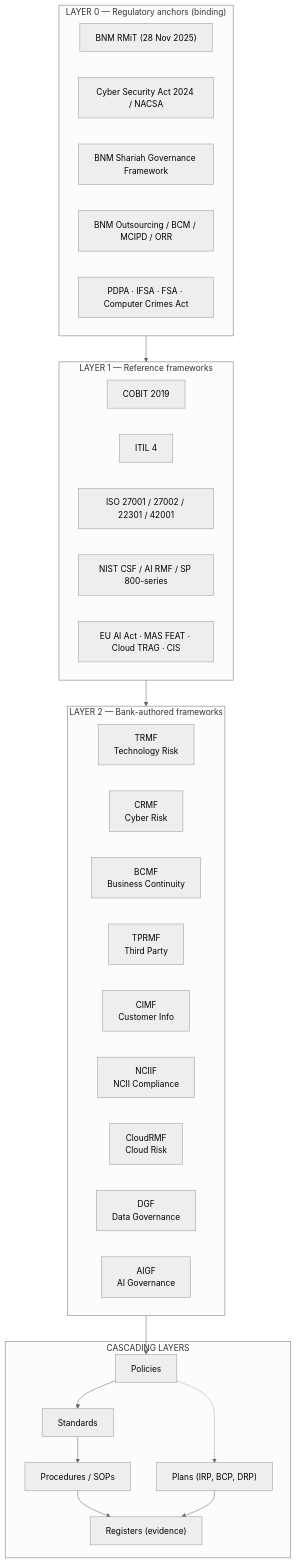
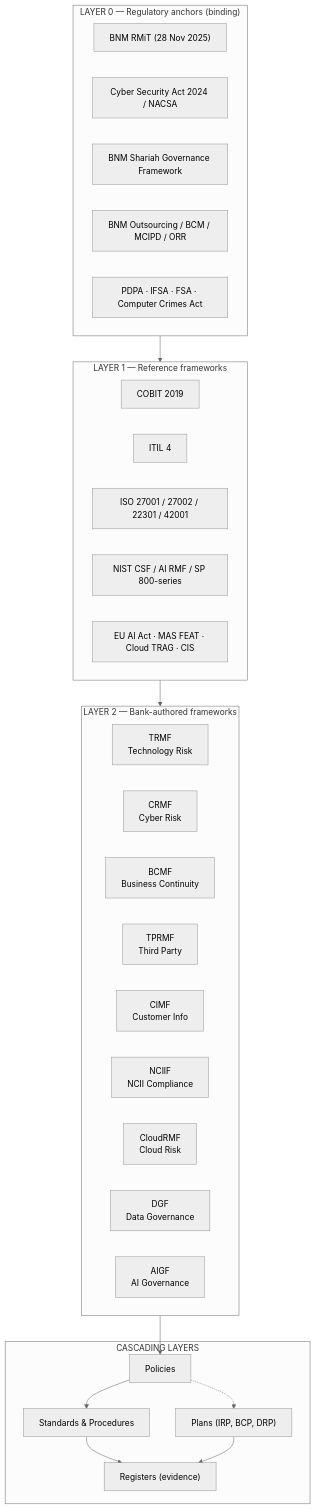
Before and after one commit to dawuds/documentation: the first of 2 diagrams in 00-architecture/architecture.md, drawn with Mermaid (neutral theme). The commit also changed other lines of this file and 1 other file, not shown here.

First line of the commit message:
Present Standards & Procedures as one layer (conceptual combine)

````diff
--- a/00-architecture/architecture.md
+++ b/00-architecture/architecture.md
@@ -19,47 +19,45 @@
 ```mermaid
 flowchart TB
     subgraph L0["LAYER 0 — Regulatory anchors (binding)"]
         L0A["BNM RMiT (28 Nov 2025)"]
         L0B["Cyber Security Act 2024 / NACSA"]
         L0C["BNM Shariah Governance Framework"]
         L0D["BNM Outsourcing / BCM / MCIPD / ORR"]
         L0E["PDPA · IFSA · FSA · Computer Crimes Act"]
     end
 
     subgraph L1["LAYER 1 — Reference frameworks"]
         L1A["COBIT 2019"]
         L1B["ITIL 4"]
         L1C["ISO 27001 / 27002 / 22301 / 42001"]
         L1D["NIST CSF / AI RMF / SP 800-series"]
         L1E["EU AI Act · MAS FEAT · Cloud TRAG · CIS"]
     end
 
     subgraph L2["LAYER 2 — Bank-authored frameworks"]
         TRMF["TRMF<br/>Technology Risk"]
         CRMF["CRMF<br/>Cyber Risk"]
         BCMF["BCMF<br/>Business Continuity"]
         TPRMF["TPRMF<br/>Third Party"]
         CIMF["CIMF<br/>Customer Info"]
         NCIIF["NCIIF<br/>NCII Compliance"]
         CloudRMF["CloudRMF<br/>Cloud Risk"]
         DGF["DGF<br/>Data Governance"]
         AIGF["AIGF<br/>AI Governance"]
     end
 
     subgraph Cascade["CASCADING LAYERS"]
         L3["Policies"]
-        L4["Standards"]
-        L5["Procedures / SOPs"]
+        L4["Standards & Procedures"]
         Plans["Plans (IRP, BCP, DRP)"]
         L6["Registers (evidence)"]
     end
 
     L0 --> L1
     L1 --> L2
     L2 --> L3
     L3 --> L4
-    L4 --> L5
     L3 -.-> Plans
-    L5 --> L6
+    L4 --> L6
     Plans --> L6
 ```
````
